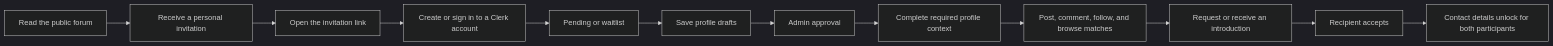
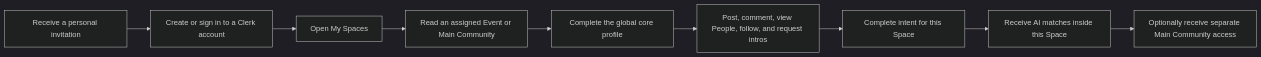
The diagram in docs/user-lifecycle-guide.md (wavesparks/WaveSparks-Community), drawn with Mermaid (dark theme) before and after one commit. The commit also changed other lines of this file and 151 other files, not shown here.

Commit message:
Ship space-scoped community and admin workflows

````diff
--- a/docs/user-lifecycle-guide.md
+++ b/docs/user-lifecycle-guide.md
@@ -21,14 +21,11 @@
 ```mermaid
 flowchart LR
-  A["Read the public forum"] --> B["Receive a personal invitation"]
-  B --> C["Open the invitation link"]
-  C --> D["Create or sign in to a Clerk account"]
-  D --> E["Pending or waitlist"]
-  E --> F["Save profile drafts"]
-  F --> G["Admin approval"]
-  G --> H["Complete required profile context"]
-  H --> I["Post, comment, follow, and browse matches"]
-  I --> J["Request or receive an introduction"]
-  J --> K["Recipient accepts"]
-  K --> L["Contact details unlock for both participants"]
+  A["Receive a personal invitation"] --> B["Create or sign in to a Clerk account"]
+  B --> C["Open My Spaces"]
+  C --> D["Read an assigned Event or Main Community"]
+  D --> E["Complete the global core profile"]
+  E --> F["Post, comment, view People, follow, and request intros"]
+  F --> G["Complete intent for this Space"]
+  G --> H["Receive AI matches inside this Space"]
+  H --> I["Optionally receive separate Main Community access"]
 ```
````
